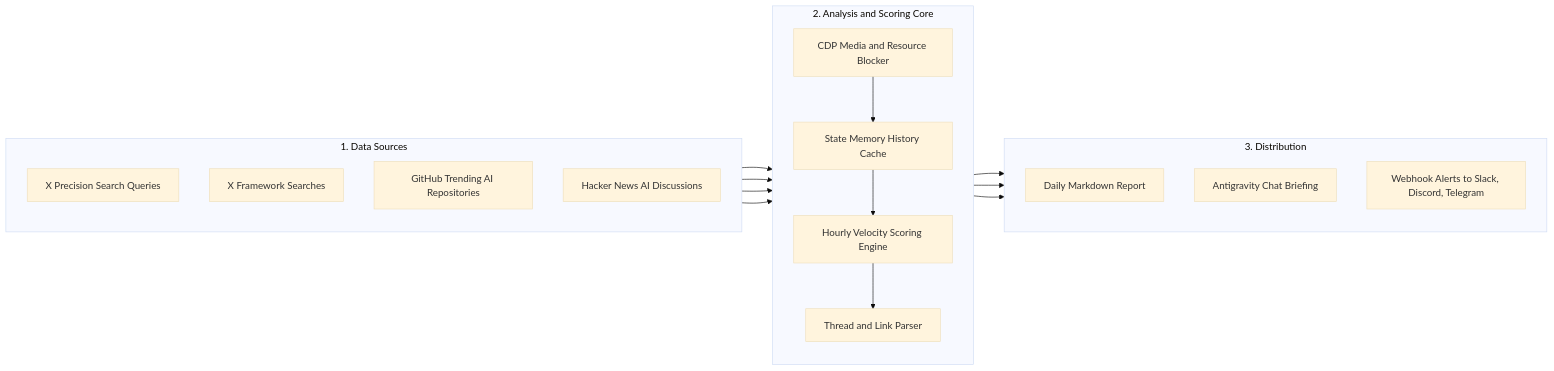
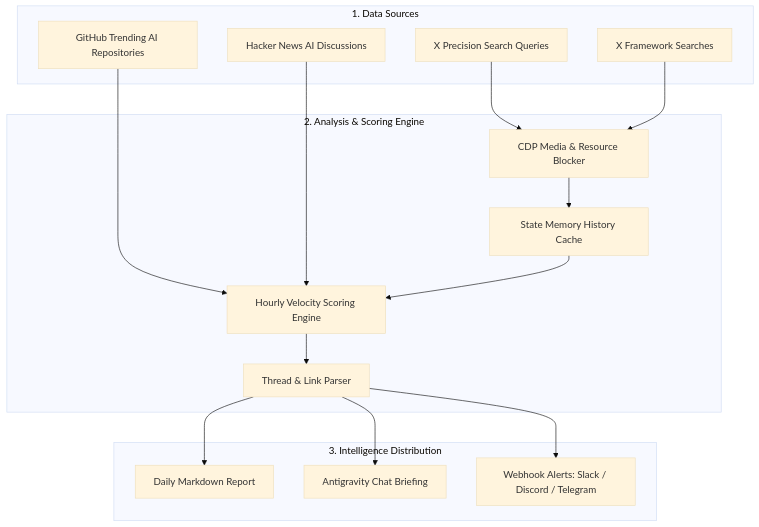
The diagram in AGENTS.md (nanbada/X-AI-Radar), drawn with Mermaid (base theme) before and after one commit. The commit also changed 2 other files, not shown here.

Commit message:
fix(docs): remove direction TB from subgraphs to fix GitHub Mermaid rendering

````diff
--- a/AGENTS.md
+++ b/AGENTS.md
@@ -25,36 +25,33 @@
 ```mermaid
-flowchart LR
-    subgraph Sources ["1. Data Sources"]
-        direction TB
+flowchart TD
+    subgraph Sources["1. Data Sources"]
         A1["X Precision Search Queries"]
         A2["X Framework Searches"]
         A3["GitHub Trending AI Repositories"]
         A4["Hacker News AI Discussions"]
     end
 
-    subgraph Core ["2. Analysis and Scoring Core"]
-        direction TB
-        B1["CDP Media and Resource Blocker"]
+    subgraph Core["2. Analysis & Scoring Engine"]
+        B1["CDP Media & Resource Blocker"]
         B2["State Memory History Cache"]
         B3["Hourly Velocity Scoring Engine"]
-        B4["Thread and Link Parser"]
+        B4["Thread & Link Parser"]
     end
 
-    subgraph Outputs ["3. Distribution"]
-        direction TB
+    subgraph Outputs["3. Intelligence Distribution"]
         C1["Daily Markdown Report"]
         C2["Antigravity Chat Briefing"]
-        C3["Webhook Alerts to Slack, Discord, Telegram"]
+        C3["Webhook Alerts: Slack / Discord / Telegram"]
     end
 
     A1 --> B1
     A2 --> B1
     A3 --> B3
     A4 --> B3
     B1 --> B2
     B2 --> B3
     B3 --> B4
     B4 --> C1
     B4 --> C2
     B4 --> C3
 ```
````
